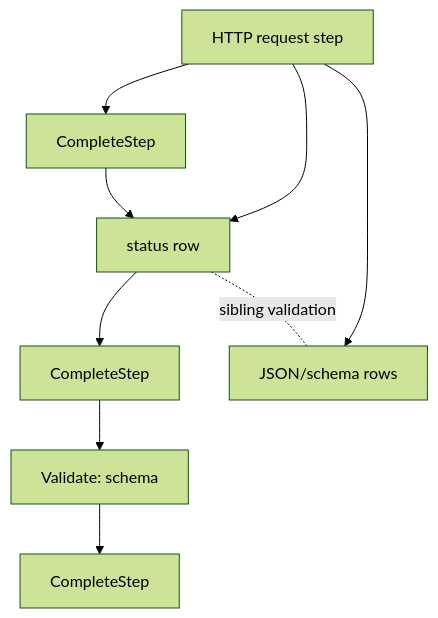
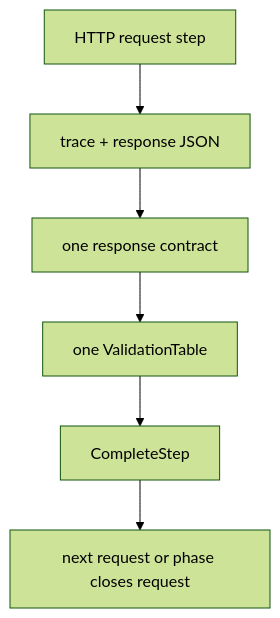
The second of 2 diagrams in Atf.Tests/Atf.Common.Tests/README.md (crististefanita/CS1), drawn with Mermaid (forest theme) before and after one commit. The commit also changed other lines of this file and 128 other files, not shown here.

Commit message:
Refactor ATF reporting and expand test architecture

````diff
--- a/Atf.Tests/Atf.Common.Tests/README.md
+++ b/Atf.Tests/Atf.Common.Tests/README.md
@@ -62,11 +62,8 @@
 ```mermaid
 flowchart TD
-    Request[HTTP request step] --> CloseRequest[CompleteStep]
-    CloseRequest --> Status[Validate: status]
-    Status --> CloseStatus[CompleteStep]
-    CloseStatus --> Schema[Validate: schema]
-    Schema --> CloseSchema[CompleteStep]
-    Request --> Status[status row]
-    Request --> Json[JSON/schema rows]
-    Status -. sibling validation .- Json
+    Request[HTTP request step] --> Evidence[trace + response JSON]
+    Evidence --> Contract[one response contract]
+    Contract --> Table[one ValidationTable]
+    Table --> CloseContract[CompleteStep]
+    CloseContract --> Next[next request or phase closes request]
 ```
````
